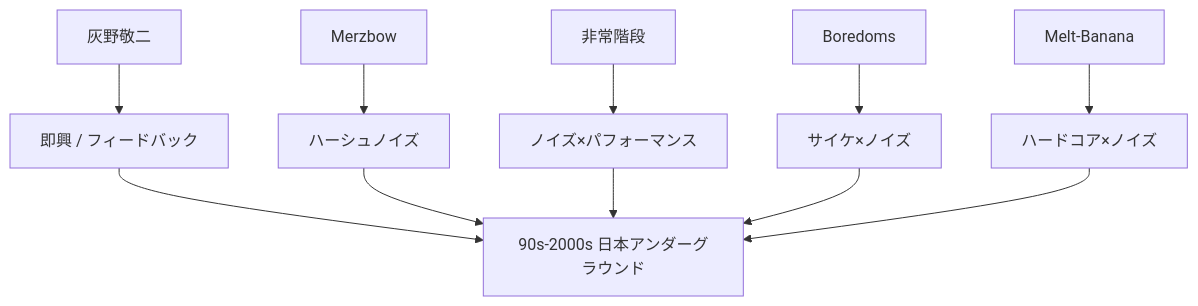
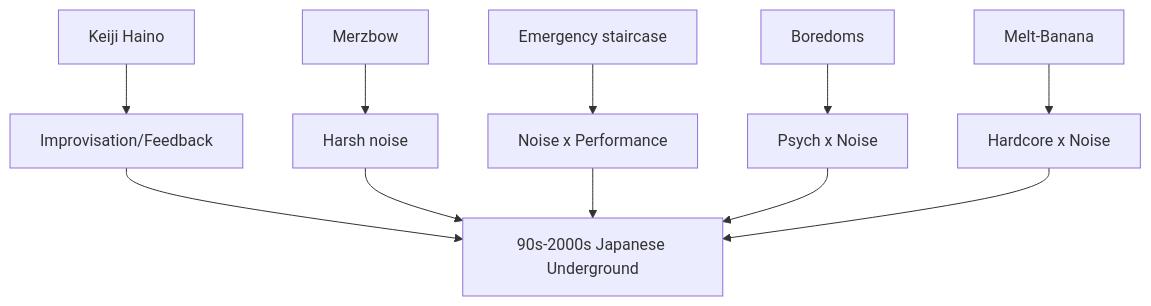
Before and after one commit to monumental-movement/monumental-movement.github.io: the diagram in en/_posts/2025-09-24-Column-Japanese-Underground-Rock-Noise.md, drawn with Mermaid. The commit also changed 152 other files, not shown here.

```diff
--- a/en/_posts/2025-09-24-Column-Japanese-Underground-Rock-Noise.md
+++ b/en/_posts/2025-09-24-Column-Japanese-Underground-Rock-Noise.md
@@ -144,13 +144,13 @@
 <div class="mermaid">
 flowchart TD
-    A["灰野敬二"] --> B["即興 / フィードバック"]
-    C["Merzbow"] --> D["ハーシュノイズ"]
-    E["非常階段"] --> F["ノイズ×パフォーマンス"]
-    G["Boredoms"] --> H["サイケ×ノイズ"]
-    I["Melt-Banana"] --> J["ハードコア×ノイズ"]
-    B --> Z["90s-2000s 日本アンダーグラウンド"]
+    A["Keiji Haino"] --> B["Improvisation/Feedback"]
+    C["Merzbow"] --> D["Harsh noise"]
+    E["Emergency staircase"] --> F["Noise x Performance"]
+    G["Boredoms"] --> H["Psych x Noise"]
+    I["Melt-Banana"] --> J["Hardcore x Noise"]
+    B --> Z["90s-2000s Japanese Underground"]
     D --> Z
     F --> Z
     H --> Z
     J --> Z
 </div>
```
